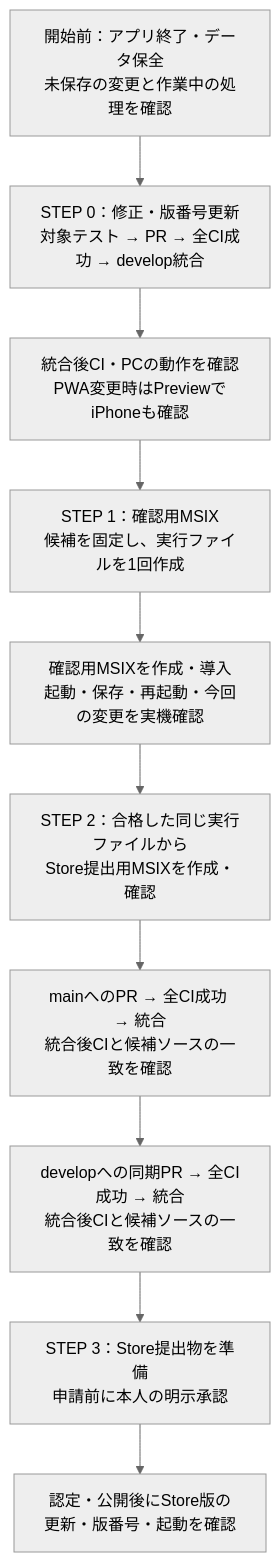
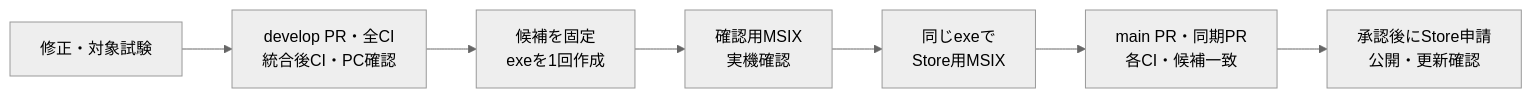
One commit to ore-no-fusen/ore-no-fusen changed the fourth of 12 diagrams in docs/010_RELEASE.md. Above: the diagram before and after it, drawn with Mermaid (neutral theme). The commit also changed other lines of this file, not shown here.

Commit message:
成果物と役割ごとの図表を追加

````diff
--- a/docs/010_RELEASE.md
+++ b/docs/010_RELEASE.md
@@ -7,12 +83,4 @@
 ```mermaid
-flowchart TD
-    A[開始前：アプリ終了・データ保全<br/>未保存の変更と作業中の処理を確認] --> B[STEP 0：修正・版番号更新<br/>対象テスト → PR → 全CI成功 → develop統合]
-    B --> C[統合後CI・PCの動作を確認<br/>PWA変更時はPreviewでiPhoneも確認]
-    C --> D[STEP 1：確認用MSIX<br/>候補を固定し、実行ファイルを1回作成]
-    D --> E[確認用MSIXを作成・導入<br/>起動・保存・再起動・今回の変更を実機確認]
-    E --> F[STEP 2：合格した同じ実行ファイルから<br/>Store提出用MSIXを作成・確認]
-    F --> G[mainへのPR → 全CI成功 → 統合<br/>統合後CIと候補ソースの一致を確認]
-    G --> J[developへの同期PR → 全CI成功 → 統合<br/>統合後CIと候補ソースの一致を確認]
-    J --> H[STEP 3：Store提出物を準備<br/>申請前に本人の明示承認]
-    H --> I[認定・公開後にStore版の<br/>更新・版番号・起動を確認]
+flowchart LR
+    A["修正・対象試験"] --> B["develop PR・全CI<br/>統合後CI・PC確認"] --> C["候補を固定<br/>exeを1回作成"] --> D["確認用MSIX<br/>実機確認"] --> E["同じexeで<br/>Store用MSIX"] --> F["main PR・同期PR<br/>各CI・候補一致"] --> G["承認後にStore申請<br/>公開・更新確認"]
 ```
````
